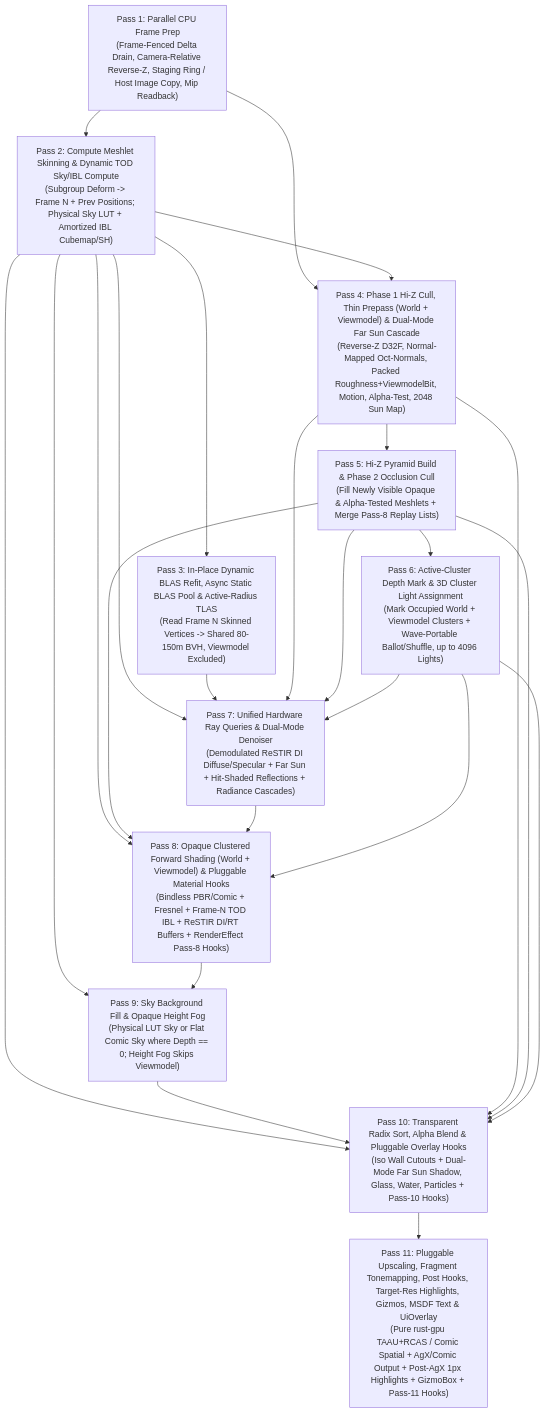
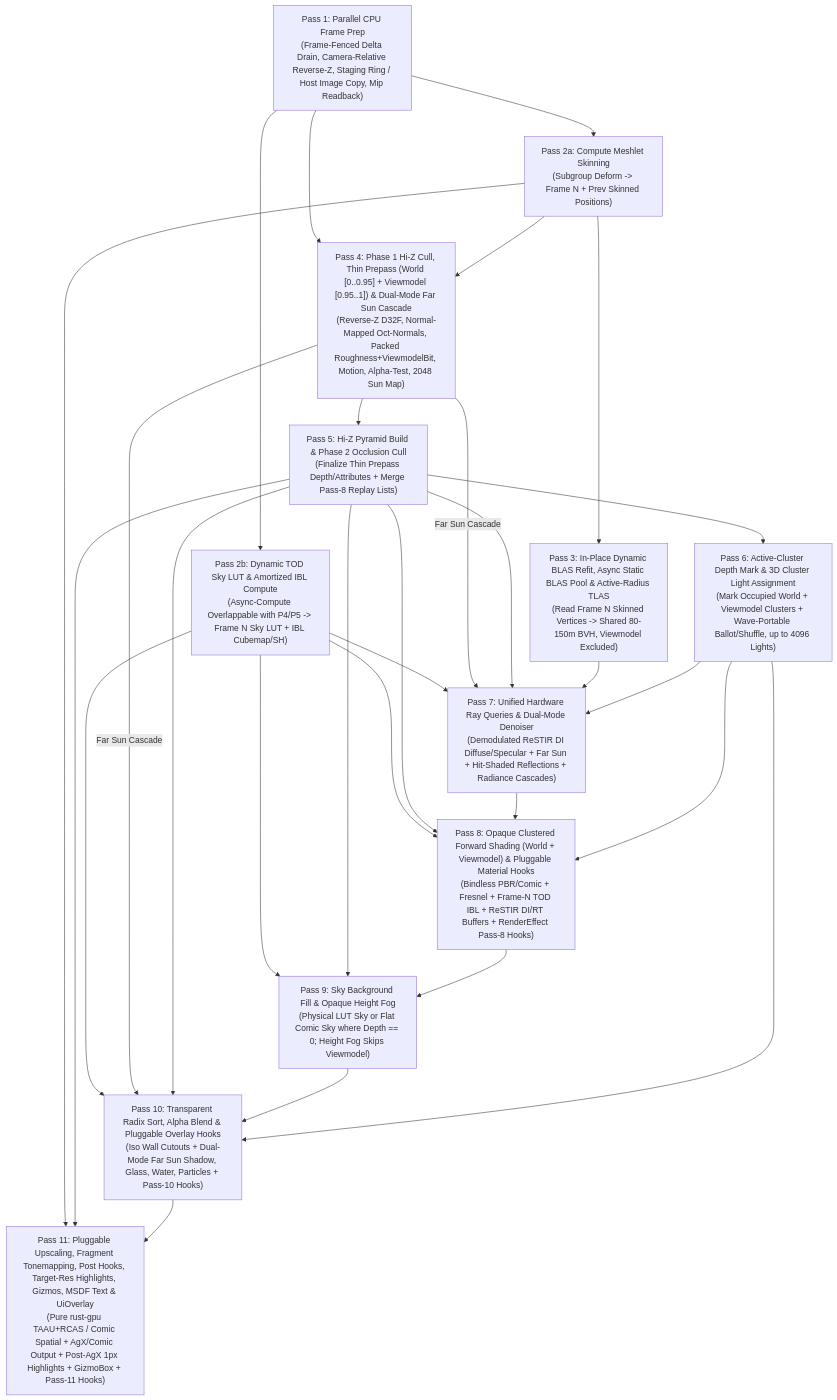
Before and after one commit to dragon-engine/dragon-engine: the diagram in docs/graphics-architecture.md, drawn with Mermaid. The commit also changed other lines of this file and 1 other file, not shown here.

First line of the commit message:
Split Pass 2 into 2a/2b in graphics docs

````diff
--- a/docs/graphics-architecture.md
+++ b/docs/graphics-architecture.md
@@ -45,38 +45,43 @@
 ```mermaid
 flowchart TD
     P1["Pass 1: Parallel CPU Frame Prep\n(Frame-Fenced Delta Drain, Camera-Relative Reverse-Z, Staging Ring / Host Image Copy, Mip Readback)"]
-    P2["Pass 2: Compute Meshlet Skinning & Dynamic TOD Sky/IBL Compute\n(Subgroup Deform -> Frame N + Prev Positions; Physical Sky LUT + Amortized IBL Cubemap/SH)"]
+    P2A["Pass 2a: Compute Meshlet Skinning\n(Subgroup Deform -> Frame N + Prev Skinned Positions)"]
+    P2B["Pass 2b: Dynamic TOD Sky LUT & Amortized IBL Compute\n(Async-Compute Overlappable with P4/P5 -> Frame N Sky LUT + IBL Cubemap/SH)"]
     P3["Pass 3: In-Place Dynamic BLAS Refit, Async Static BLAS Pool & Active-Radius TLAS\n(Read Frame N Skinned Vertices -> Shared 80-150m BVH, Viewmodel Excluded)"]
-    P4["Pass 4: Phase 1 Hi-Z Cull, Thin Prepass (World + Viewmodel) & Dual-Mode Far Sun Cascade\n(Reverse-Z D32F, Normal-Mapped Oct-Normals, Packed Roughness+ViewmodelBit, Motion, Alpha-Test, 2048 Sun Map)"]
-    P5["Pass 5: Hi-Z Pyramid Build & Phase 2 Occlusion Cull\n(Fill Newly Visible Opaque & Alpha-Tested Meshlets + Merge Pass-8 Replay Lists)"]
+    P4["Pass 4: Phase 1 Hi-Z Cull, Thin Prepass (World [0..0.95] + Viewmodel [0.95..1]) & Dual-Mode Far Sun Cascade\n(Reverse-Z D32F, Normal-Mapped Oct-Normals, Packed Roughness+ViewmodelBit, Motion, Alpha-Test, 2048 Sun Map)"]
+    P5["Pass 5: Hi-Z Pyramid Build & Phase 2 Occlusion Cull\n(Finalize Thin Prepass Depth/Attributes + Merge Pass-8 Replay Lists)"]
     P6["Pass 6: Active-Cluster Depth Mark & 3D Cluster Light Assignment\n(Mark Occupied World + Viewmodel Clusters + Wave-Portable Ballot/Shuffle, up to 4096 Lights)"]
     P7["Pass 7: Unified Hardware Ray Queries & Dual-Mode Denoiser\n(Demodulated ReSTIR DI Diffuse/Specular + Far Sun + Hit-Shaded Reflections + Radiance Cascades)"]
     P8["Pass 8: Opaque Clustered Forward Shading (World + Viewmodel) & Pluggable Material Hooks\n(Bindless PBR/Comic + Fresnel + Frame-N TOD IBL + ReSTIR DI/RT Buffers + RenderEffect Pass-8 Hooks)"]
     P9["Pass 9: Sky Background Fill & Opaque Height Fog\n(Physical LUT Sky or Flat Comic Sky where Depth == 0; Height Fog Skips Viewmodel)"]
     P10["Pass 10: Transparent Radix Sort, Alpha Blend & Pluggable Overlay Hooks\n(Iso Wall Cutouts + Dual-Mode Far Sun Shadow, Glass, Water, Particles + Pass-10 Hooks)"]
     P11["Pass 11: Pluggable Upscaling, Fragment Tonemapping, Post Hooks, Target-Res Highlights, Gizmos, MSDF Text & UiOverlay\n(Pure rust-gpu TAAU+RCAS / Comic Spatial + AgX/Comic Output + Post-AgX 1px Highlights + GizmoBox + Pass-11 Hooks)"]
 
-    P1 --> P2
+    P1 --> P2A
+    P1 --> P2B
     P1 --> P4
-    P2 --> P3
-    P2 --> P4
-    P2 --> P7
-    P2 --> P8
-    P2 --> P9
-    P2 --> P10
+    P2A --> P3
+    P2A --> P4
+    P2A --> P11
+    P2B --> P7
+    P2B --> P8
+    P2B --> P9
+    P2B --> P10
     P4 --> P5
+    P4 -->|Far Sun Cascade| P7
+    P4 -->|Far Sun Cascade| P10
     P5 --> P6
+    P5 --> P7
     P5 --> P8
+    P5 --> P9
+    P5 --> P10
+    P5 --> P11
     P3 --> P7
-    P4 --> P7
-    P5 --> P7
     P6 --> P7
     P7 --> P8
     P6 --> P8
     P8 --> P9
     P9 --> P10
-    P4 --> P10
-    P5 --> P10
     P6 --> P10
     P10 --> P11
 ```
````
